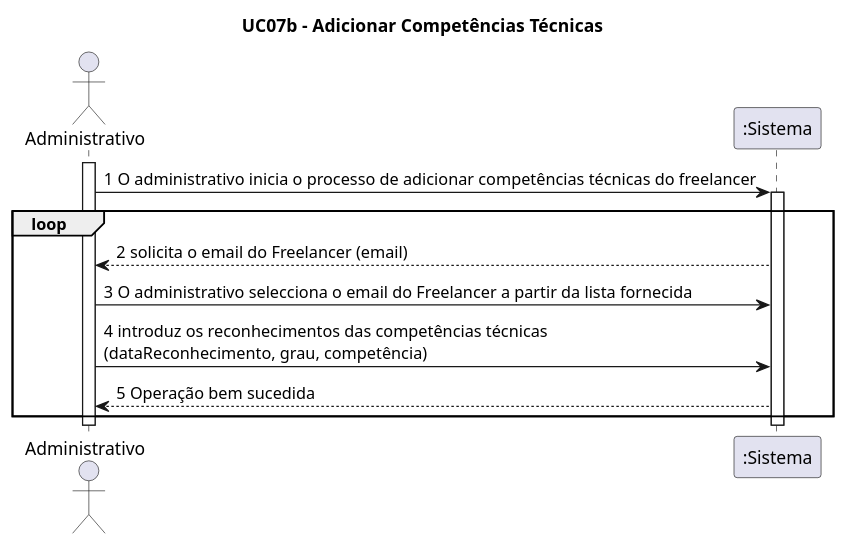
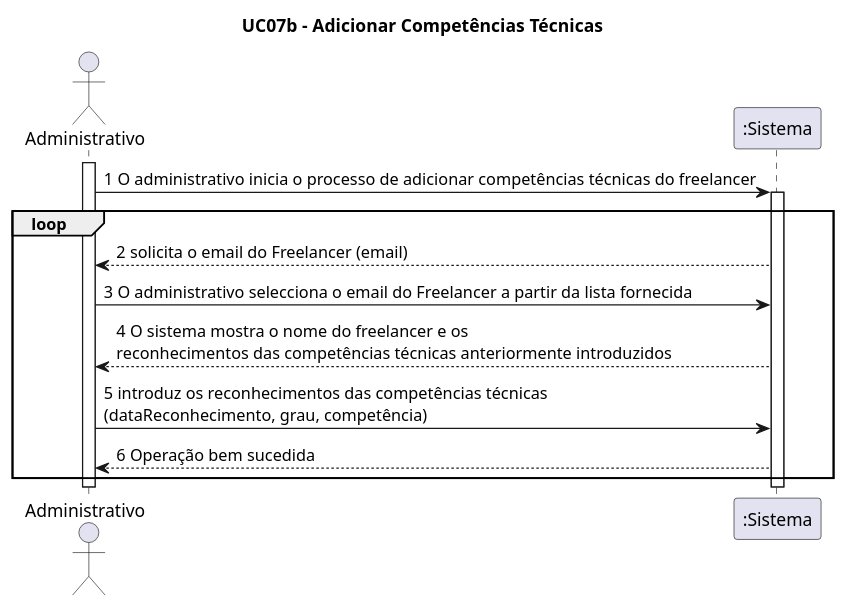
One commit to blestonbandeiraUPSKILL/upskill_java1_labprg_grupo2 changed the diagram in Documentação/Sprint 3/UC07b_Adicionar_Competencias_Tecnicas/UC07b_Adicionar_Competencias_Tecnicas_Diagrama_Sequencia_Sistema.puml. Above: the diagram before and after it, drawn with PlantUML. The commit also changed 7 other files, not shown here.

```diff
--- a/Documentação/Sprint 3/UC07b_Adicionar_Competencias_Tecnicas/UC07b_Adicionar_Competencias_Tecnicas_Diagrama_Sequencia_Sistema.puml
+++ b/Documentação/Sprint 3/UC07b_Adicionar_Competencias_Tecnicas/UC07b_Adicionar_Competencias_Tecnicas_Diagrama_Sequencia_Sistema.puml
@@ -1,23 +1,24 @@
 @startuml
 
 title UC07b - Adicionar Competências Técnicas
 
 actor Administrativo
 participant ":Sistema" as Sistema
 
 activate Administrativo
 
 Administrativo -> Sistema : 1 O administrativo inicia o processo de adicionar competências técnicas do freelancer
 activate Sistema
 
 loop
 Sistema --> Administrativo: 2 solicita o email do Freelancer (email)
 Administrativo -> Sistema: 3 O administrativo selecciona o email do Freelancer a partir da lista fornecida
-Administrativo -> Sistema: 4 introduz os reconhecimentos das competências técnicas \n(dataReconhecimento, grau, competência)
-Sistema --> Administrativo: 5 Operação bem sucedida
+Sistema --> Administrativo: 4 O sistema mostra o nome do freelancer e os \nreconhecimentos das competências técnicas anteriormente introduzidos
+Administrativo -> Sistema: 5 introduz os reconhecimentos das competências técnicas \n(dataReconhecimento, grau, competência)
+Sistema --> Administrativo: 6 Operação bem sucedida
 end
 
 deactivate Administrativo
 deactivate Sistema
 
 @enduml
```
